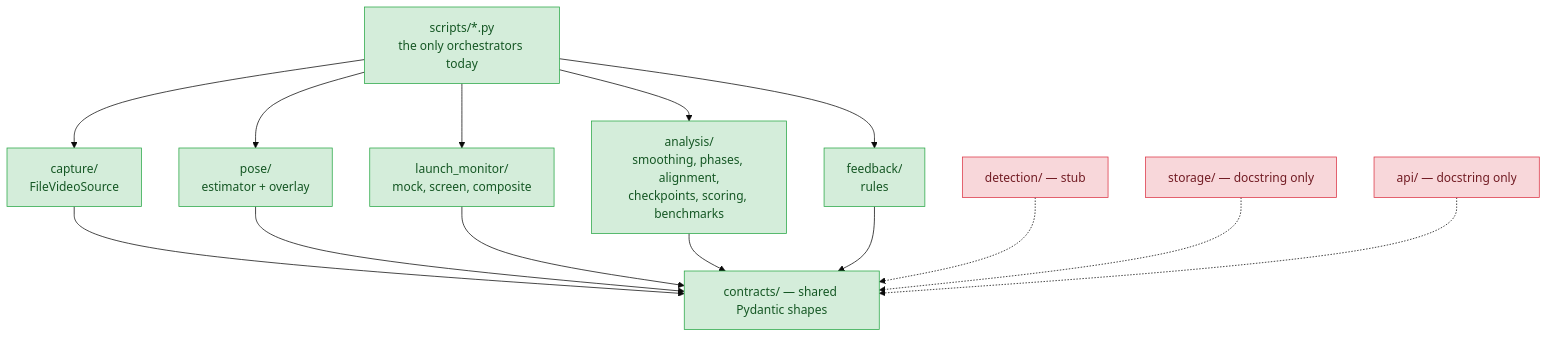
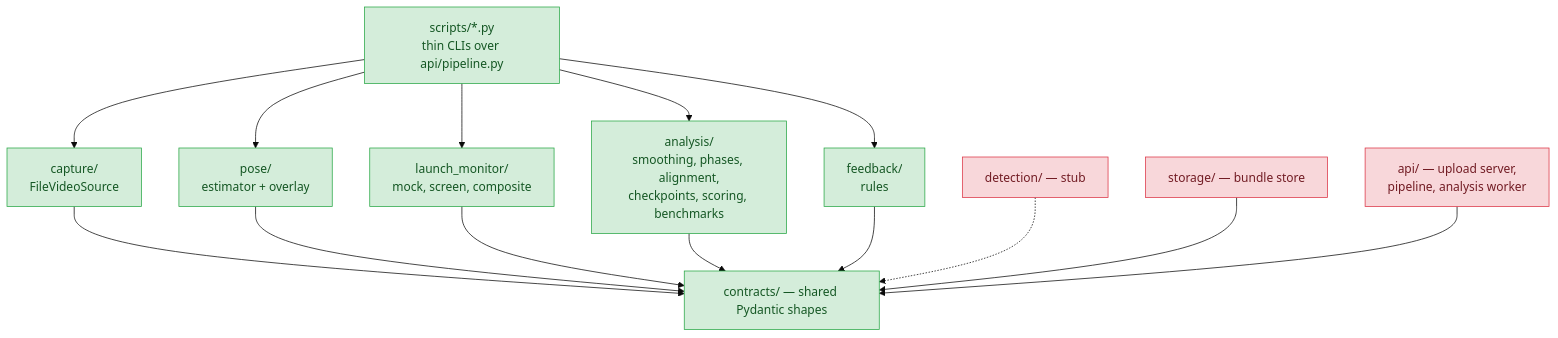
One commit to MildTreeRat/golf-coach changed the second of 3 diagrams in docs/ARCHITECTURE.md. Above: the diagram before and after it, drawn with Mermaid (base theme). The commit also changed other lines of this file and 19 other files, not shown here.

First line of the commit message:
M7 Phase 5: background analysis worker + results page

````diff
--- a/docs/ARCHITECTURE.md
+++ b/docs/ARCHITECTURE.md
@@ -103,24 +107,24 @@
 ```mermaid
 flowchart TD
     C["contracts/ — shared Pydantic shapes"]
 
     CAP["capture/<br/>FileVideoSource"] --> C
     POSE["pose/<br/>estimator + overlay"] --> C
     LMM["launch_monitor/<br/>mock, screen, composite"] --> C
     ANA["analysis/<br/>smoothing, phases, alignment,<br/>checkpoints, scoring, benchmarks"] --> C
     FB["feedback/<br/>rules"] --> C
     DET["detection/ — stub"] -.-> C
-    STO["storage/ — docstring only"] -.-> C
-    API["api/ — docstring only"] -.-> C
+    STO["storage/ — bundle store"] --> C
+    API["api/ — upload server,<br/>pipeline, analysis worker"] --> C
 
-    CLI["scripts/*.py<br/>the only orchestrators today"] --> CAP
+    CLI["scripts/*.py<br/>thin CLIs over api/pipeline.py"] --> CAP
     CLI --> POSE
     CLI --> ANA
     CLI --> FB
     CLI --> LMM
 
     classDef built fill:#d4edda,stroke:#28a745,color:#155724;
     classDef stub fill:#f8d7da,stroke:#dc3545,color:#721c24;
     class C,CAP,POSE,LMM,ANA,FB,CLI built;
     class DET,STO,API stub;
 ```
````
